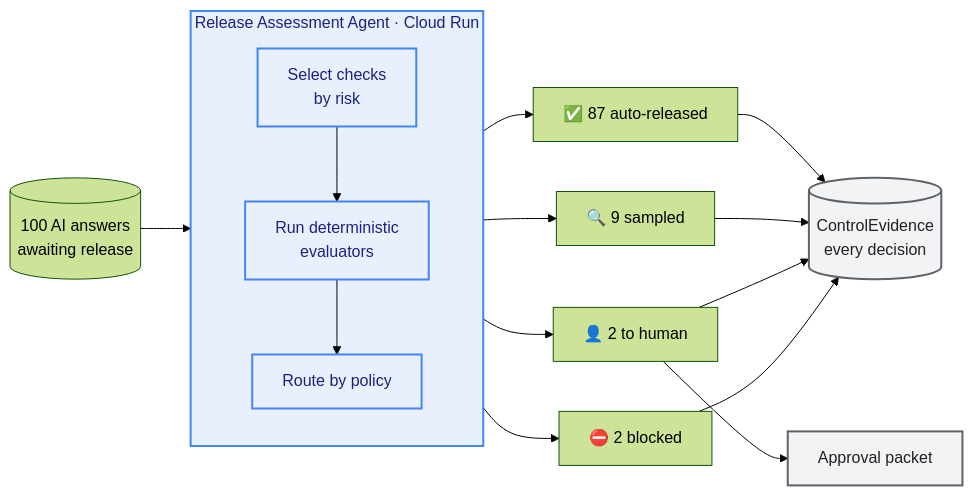
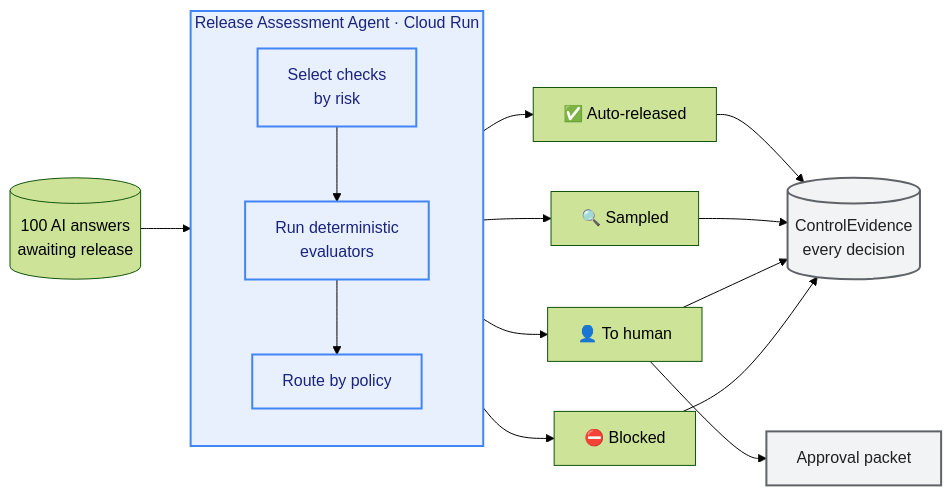
Before and after one commit to CongRenHuang/ai-assurance-pipeline: the second of 2 diagrams in docs/architecture-diagram.md, drawn with Mermaid (forest theme). The commit also changed other lines of this file and 5 other files, not shown here.

First line of the commit message:
docs(ws6): redeploy, README, architecture diagram

````diff
--- a/docs/architecture-diagram.md
+++ b/docs/architecture-diagram.md
@@ -104,22 +104,22 @@
 ```mermaid
 flowchart LR
     Q[("100 AI answers<br/>awaiting release")] --> A
 
     subgraph A["Release Assessment Agent · Cloud Run"]
         direction TB
         A1["Select checks<br/>by risk"] --> A2["Run deterministic<br/>evaluators"] --> A3["Route by policy"]
     end
 
-    A --> R1["✅ 87 auto-released"]
-    A --> R2["🔍 9 sampled"]
-    A --> R3["👤 2 to human"]
-    A --> R4["⛔ 2 blocked"]
+    A --> R1["✅ Auto-released"]
+    A --> R2["🔍 Sampled"]
+    A --> R3["👤 To human"]
+    A --> R4["⛔ Blocked"]
 
     R3 --> P["Approval packet"]
     R1 & R2 & R3 & R4 --> E[("ControlEvidence<br/>every decision")]
 
     classDef ag fill:#E8F0FE,stroke:#4285F4,stroke-width:2px,color:#1A237E
     classDef ev fill:#F1F3F4,stroke:#5F6368,stroke-width:2px,color:#202124
     class A,A1,A2,A3 ag
     class E,P ev
 ```
````
